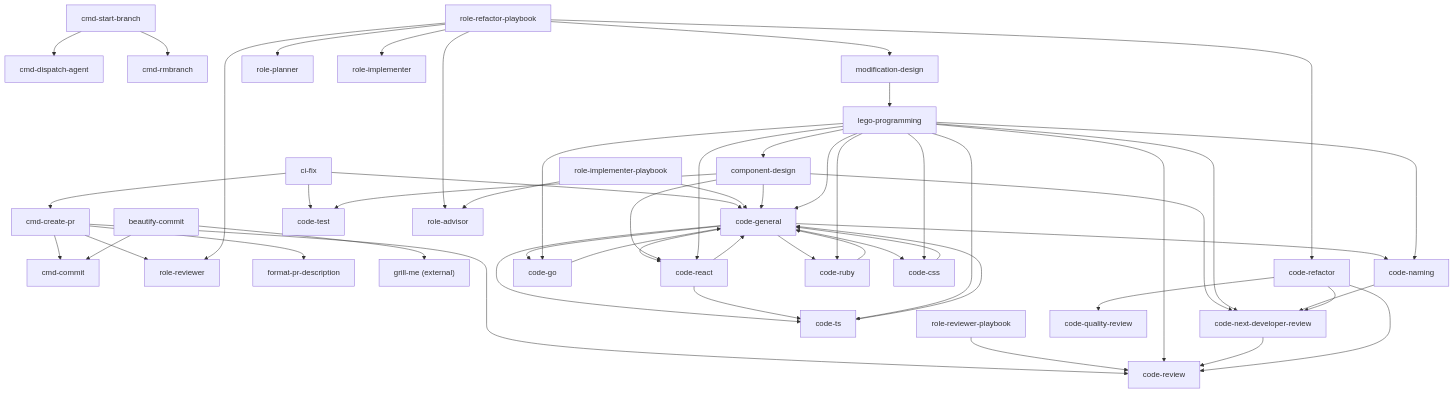
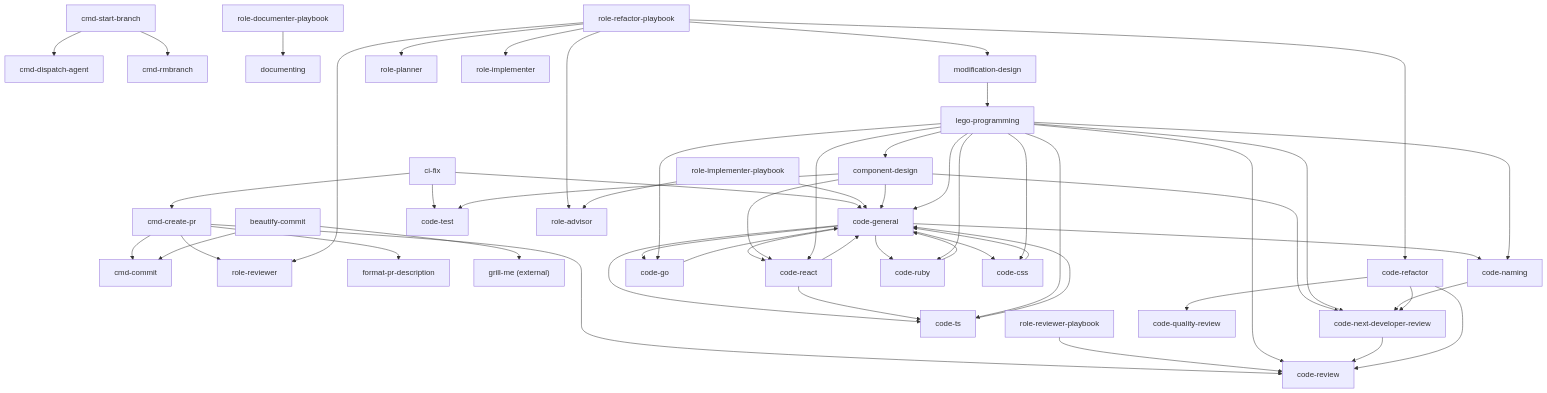
The diagram in docs/skill-dependency-map.md (version-1/agents-docs), drawn with Mermaid before and after one commit. The commit also changed other lines of this file and 7 other files, not shown here.

First line of the commit message:
feat: add documenter role skills

````diff
--- a/docs/skill-dependency-map.md
+++ b/docs/skill-dependency-map.md
@@ -174,66 +177,67 @@
 ```mermaid
 graph TD
     cmd_create_pr["cmd-create-pr"] --> cmd_commit["cmd-commit"]
     cmd_create_pr --> role_reviewer["role-reviewer"]
     cmd_create_pr --> code_review["code-review"]
     cmd_create_pr --> format_pr_description["format-pr-description"]
 
     cmd_start_branch["cmd-start-branch"] --> cmd_dispatch_agent["cmd-dispatch-agent"]
     cmd_start_branch --> cmd_rmbranch["cmd-rmbranch"]
 
     beautify_commit["beautify-commit"] --> cmd_commit
     beautify_commit --> grill_me["grill-me (external)"]
 
     ci_fix["ci-fix"] --> code_general
     ci_fix --> code_test["code-test"]
     ci_fix --> cmd_create_pr
 
+    role_documenter_playbook["role-documenter-playbook"] --> documenting
     role_reviewer_playbook["role-reviewer-playbook"] --> code_review
     role_refactor_playbook["role-refactor-playbook"] --> code_refactor["code-refactor"]
     role_refactor_playbook["role-refactor-playbook"] --> modification_design["modification-design"]
     role_refactor_playbook --> role_planner["role-planner"]
     role_refactor_playbook --> role_implementer["role-implementer"]
     role_refactor_playbook --> role_reviewer
     role_refactor_playbook --> role_advisor["role-advisor"]
     role_implementer_playbook["role-implementer-playbook"] --> code_general["code-general"]
     role_implementer_playbook --> role_advisor
 
     code_general --> code_naming["code-naming"]
     code_general --> code_go["code-go"]
     code_general --> code_ts["code-ts"]
     code_general --> code_react["code-react"]
     code_general --> code_ruby["code-ruby"]
     code_general --> code_css["code-css"]
     code_go --> code_general
     code_ts --> code_general
     code_react --> code_general
     code_react --> code_ts
     code_ruby --> code_general
     code_css --> code_general
 
     component_design["component-design"] --> code_general
     component_design --> code_react
     component_design --> code_test
     component_design --> code_next_dev["code-next-developer-review"]
 
     lego_programming["lego-programming"] --> code_general
     lego_programming --> code_go
     lego_programming --> code_ts
     lego_programming --> code_react
     lego_programming --> code_ruby
     lego_programming --> code_css
     lego_programming --> component_design
     lego_programming --> code_naming
     lego_programming --> code_review
     lego_programming --> code_next_dev
 
     modification_design["modification-design"] --> lego_programming
 
     code_naming --> code_next_dev
 
     code_next_dev --> code_review
 
     code_refactor["code-refactor"] --> code_quality["code-quality-review"]
     code_refactor --> code_review
     code_refactor --> code_next_dev
 ```
````
